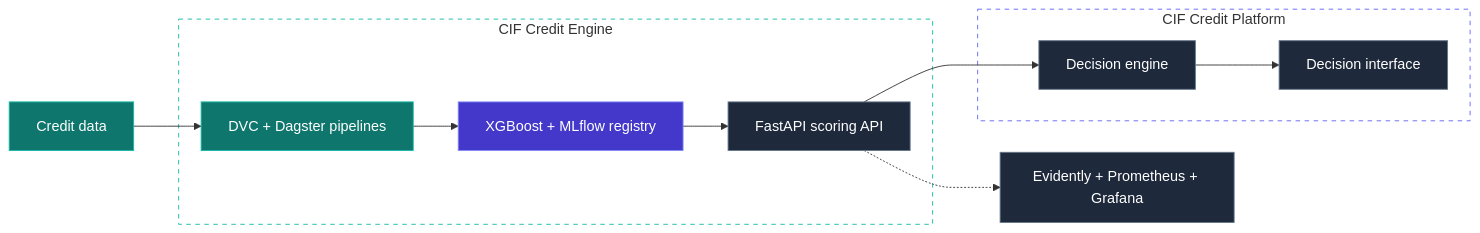
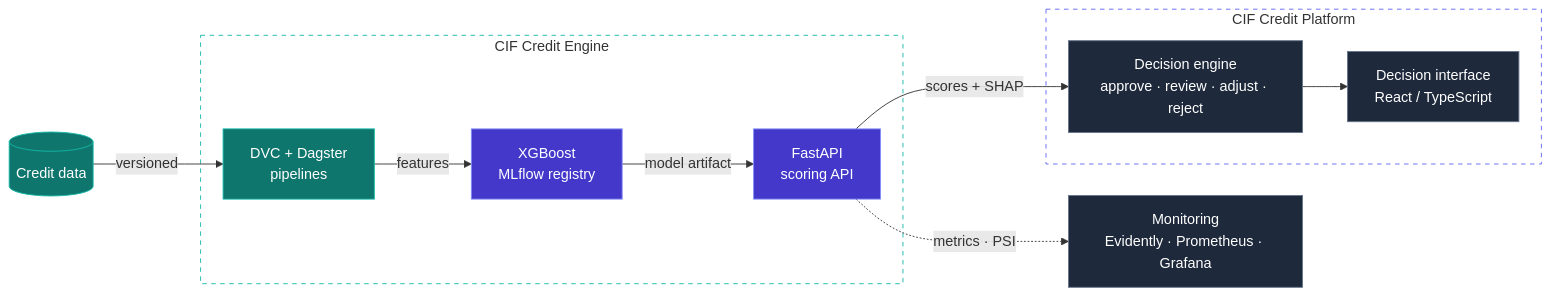
The diagram in README.md (Sow221/Sow221), drawn with Mermaid before and after one commit. The commit also changed other lines of this file and 11 other files, not shown here.

````diff
--- a/README.md
+++ b/README.md
@@ -158,40 +255,28 @@
 ```mermaid
 flowchart LR
-
-    D[Credit data]
-    P[DVC + Dagster pipelines]
-    M[XGBoost + MLflow registry]
-    A[FastAPI scoring API]
-    E[Decision engine]
-    U[Decision interface]
-    O[Evidently + Prometheus + Grafana]
-
-    D --> P
-    P --> M
-    M --> A
-    A --> E
-    E --> U
-    A -.-> O
+    D[("Credit data")] -->|versioned| P["DVC + Dagster<br/>pipelines"]
+    P -->|features| M["XGBoost<br/>MLflow registry"]
+    M -->|model artifact| A["FastAPI<br/>scoring API"]
+    A -->|scores + SHAP| E["Decision engine<br/>approve · review · adjust · reject"]
+    E --> U["Decision interface<br/>React / TypeScript"]
+    A -.->|metrics · PSI| O["Monitoring<br/>Evidently · Prometheus · Grafana"]
 
     subgraph ENGINE["CIF Credit Engine"]
         P
         M
         A
     end
-
     subgraph PLATFORM["CIF Credit Platform"]
         E
         U
     end
 
     classDef data fill:#0F766E,stroke:#14B8A6,color:#FFFFFF
     classDef ml fill:#4338CA,stroke:#818CF8,color:#FFFFFF
     classDef app fill:#1E293B,stroke:#64748B,color:#FFFFFF
-
     class D,P data
-    class M ml
-    class A,E,U,O app
-
+    class M,A ml
+    class E,U,O app
     style ENGINE fill:transparent,stroke:#14B8A6,stroke-dasharray:5 5
     style PLATFORM fill:transparent,stroke:#6366F1,stroke-dasharray:5 5
 ```
````
